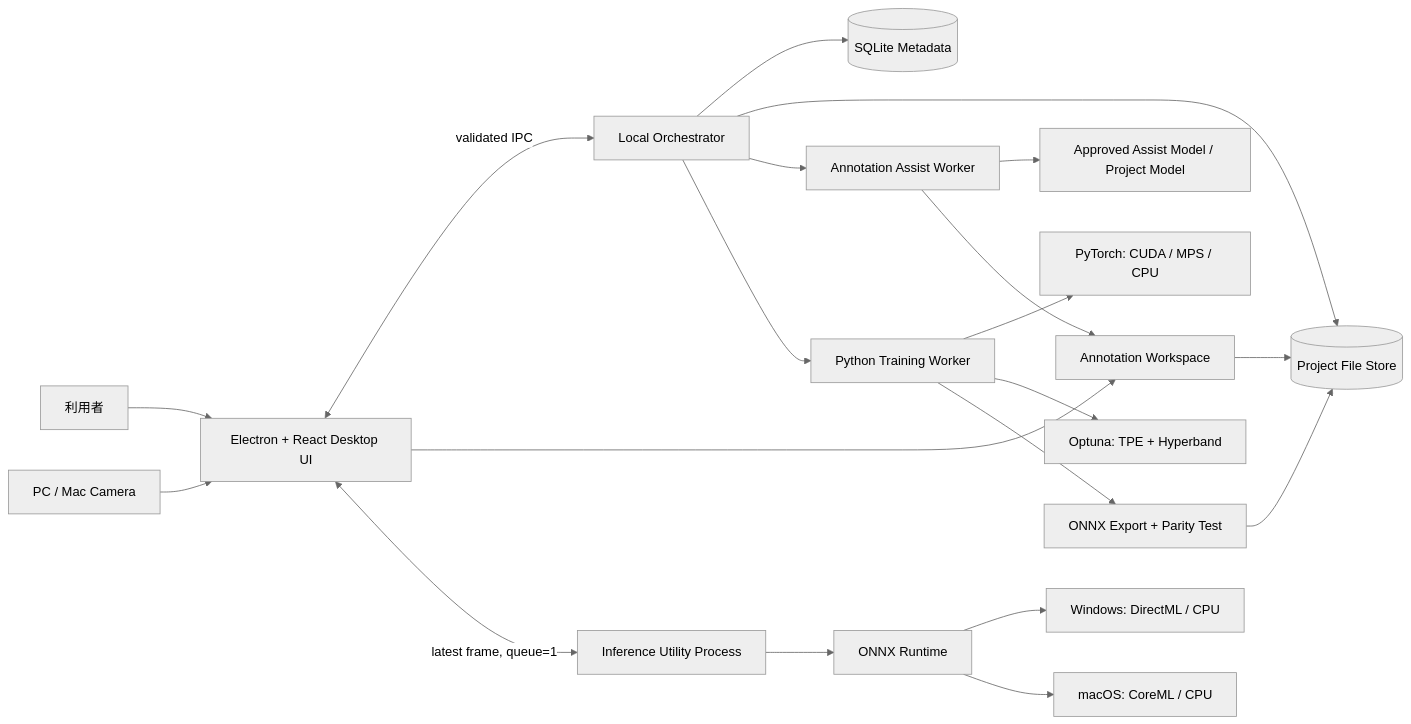
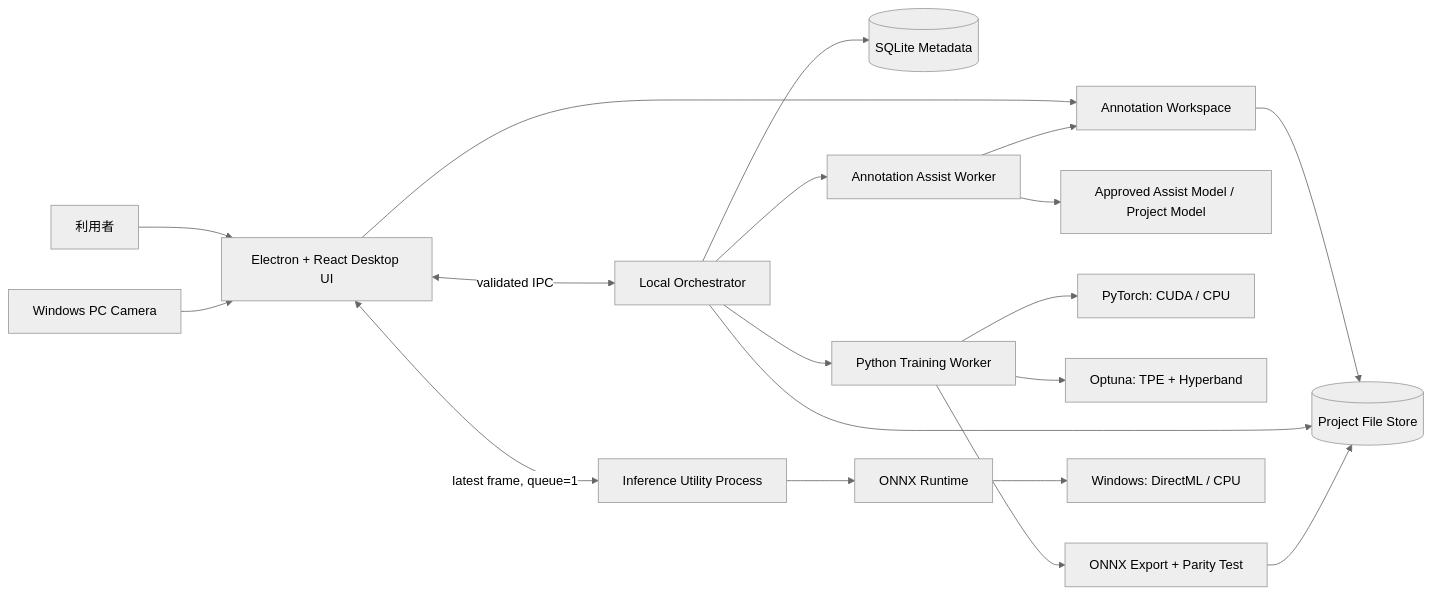
One commit to dahatake/AutoVision-Studio changed the third of 3 diagrams in docs/requirement-definition.md. Above: the diagram before and after it, drawn with Mermaid (neutral theme). The commit also changed other lines of this file and 35 other files, not shown here.

````diff
--- a/docs/requirement-definition.md
+++ b/docs/requirement-definition.md
@@ -654,22 +657,21 @@
 ```mermaid
 flowchart LR
     U[利用者] --> UI[Electron + React Desktop UI]
-    CAM[PC / Mac Camera] --> UI
+    CAM[Windows PC Camera] --> UI
     UI <-->|validated IPC| ORCH[Local Orchestrator]
     UI --> ANN[Annotation Workspace]
     ANN --> FS
     ORCH --> DB[(SQLite Metadata)]
     ORCH --> FS[(Project File Store)]
     ORCH --> AST[Annotation Assist Worker]
     AST --> AM[Approved Assist Model / Project Model]
     AST --> ANN
     ORCH --> TRAIN[Python Training Worker]
-    TRAIN --> PT[PyTorch: CUDA / MPS / CPU]
+    TRAIN --> PT[PyTorch: CUDA / CPU]
     TRAIN --> OPT[Optuna: TPE + Hyperband]
     TRAIN --> ONNX[ONNX Export + Parity Test]
     ONNX --> FS
     UI <-->|latest frame, queue=1| INF[Inference Utility Process]
     INF --> ORT[ONNX Runtime]
     ORT --> WIN[Windows: DirectML / CPU]
-    ORT --> MAC[macOS: CoreML / CPU]
 ```
````
